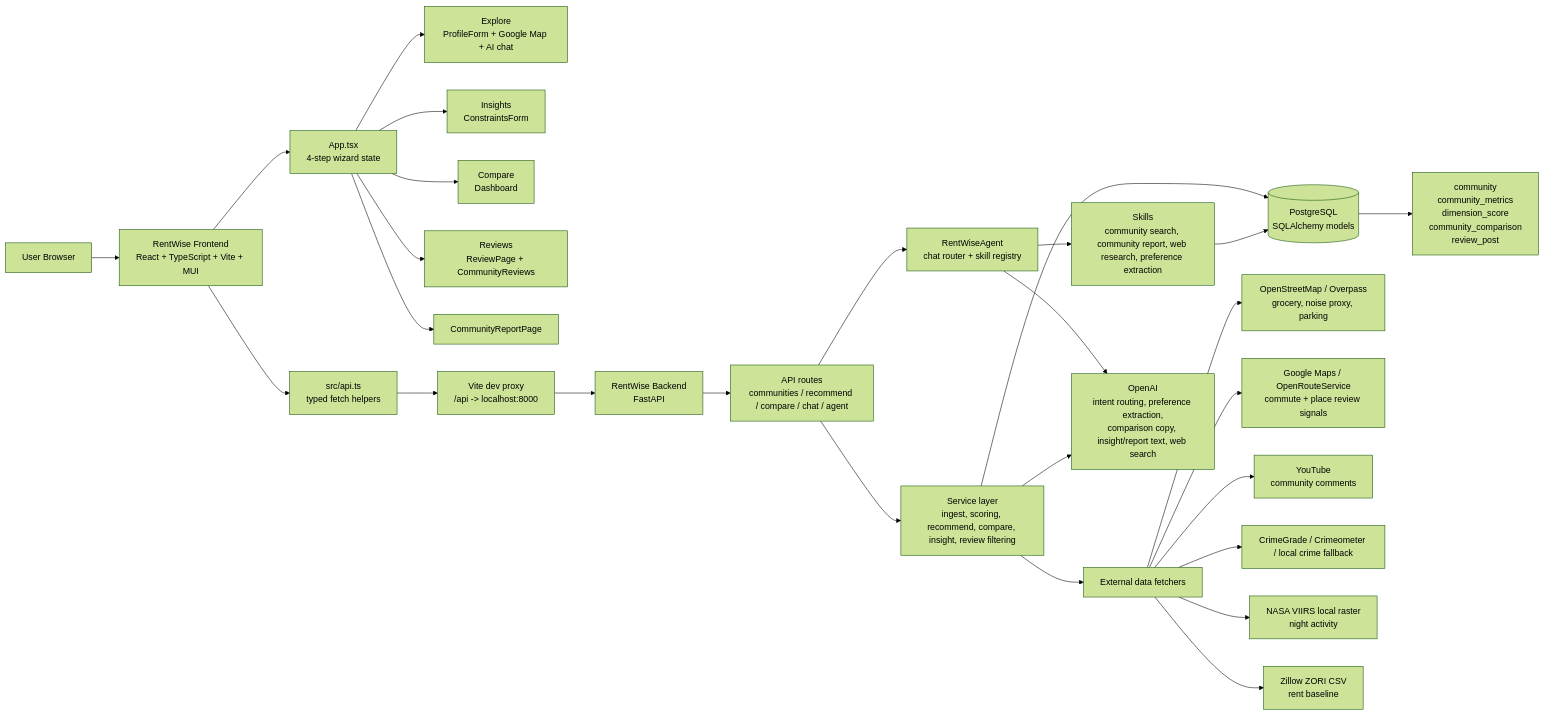
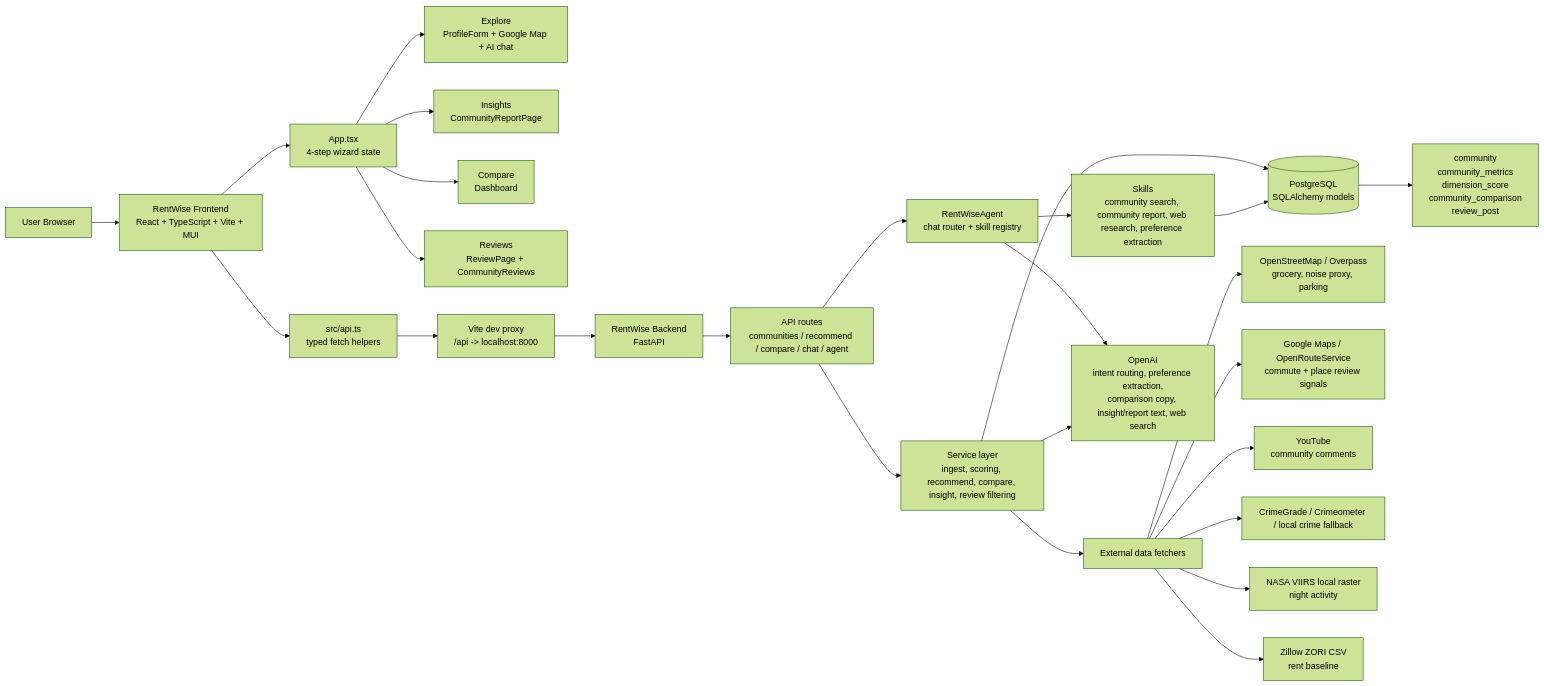
One commit to CyberObservers/Rentwise-Frontend changed the diagram in README.md. Above: the diagram before and after it, drawn with Mermaid (forest theme). The commit also changed other lines of this file, not shown here.

````diff
--- a/README.md
+++ b/README.md
@@ -34,35 +38,34 @@
 ```mermaid
 flowchart LR
   User[User Browser] --> Frontend[RentWise Frontend<br/>React + TypeScript + Vite + MUI]
   Frontend --> Router[App.tsx<br/>4-step wizard state]
   Router --> Explore[Explore<br/>ProfileForm + Google Map + AI chat]
-  Router --> Insights[Insights<br/>ConstraintsForm]
+  Router --> Insights[Insights<br/>CommunityReportPage]
   Router --> Compare[Compare<br/>Dashboard]
   Router --> Reviews[Reviews<br/>ReviewPage + CommunityReviews]
-  Router --> Report[CommunityReportPage]
 
   Frontend --> Api[src/api.ts<br/>typed fetch helpers]
   Api --> Proxy[Vite dev proxy<br/>/api -> localhost:8000]
   Proxy --> Backend[RentWise Backend<br/>FastAPI]
 
   Backend --> Routes[API routes<br/>communities / recommend / compare / chat / agent]
   Routes --> Services[Service layer<br/>ingest, scoring, recommend, compare, insight, review filtering]
   Routes --> Agent[RentWiseAgent<br/>chat router + skill registry]
   Agent --> Skills[Skills<br/>community search, community report, web research, preference extraction]
 
   Services --> DB[(PostgreSQL<br/>SQLAlchemy models)]
   Skills --> DB
 
   DB --> Tables[community<br/>community_metrics<br/>dimension_score<br/>community_comparison<br/>review_post]
 
   Services --> Fetchers[External data fetchers]
   Fetchers --> OSM[OpenStreetMap / Overpass<br/>grocery, noise proxy, parking]
   Fetchers --> Maps[Google Maps / OpenRouteService<br/>commute + place review signals]
   Fetchers --> YouTube[YouTube<br/>community comments]
   Fetchers --> Crime[CrimeGrade / Crimeometer / local crime fallback]
   Fetchers --> VIIRS[NASA VIIRS local raster<br/>night activity]
   Fetchers --> Zillow[Zillow ZORI CSV<br/>rent baseline]
 
   Agent --> OpenAI[OpenAI<br/>intent routing, preference extraction,<br/>comparison copy, insight/report text, web search]
   Services --> OpenAI
 ```
````
